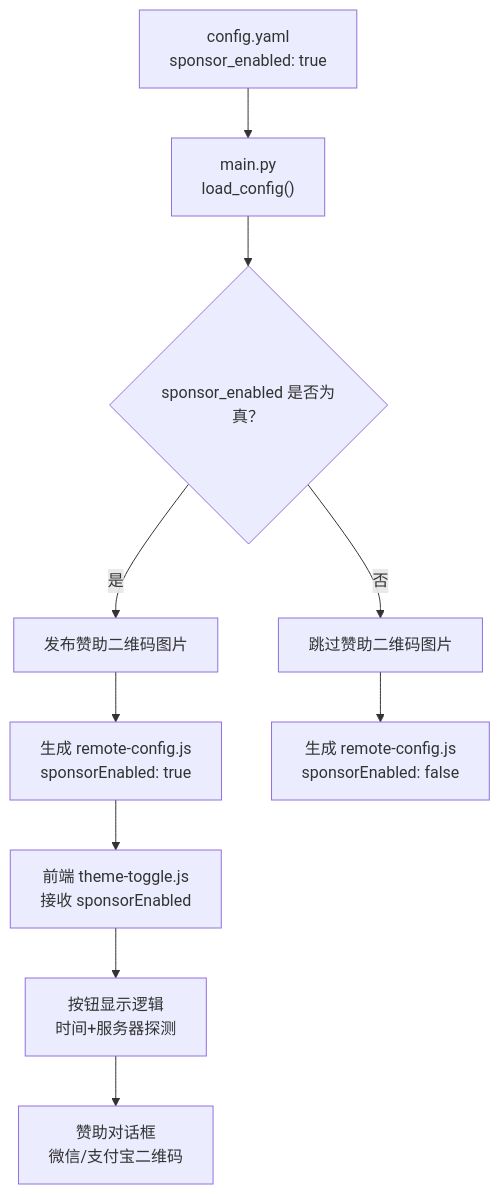
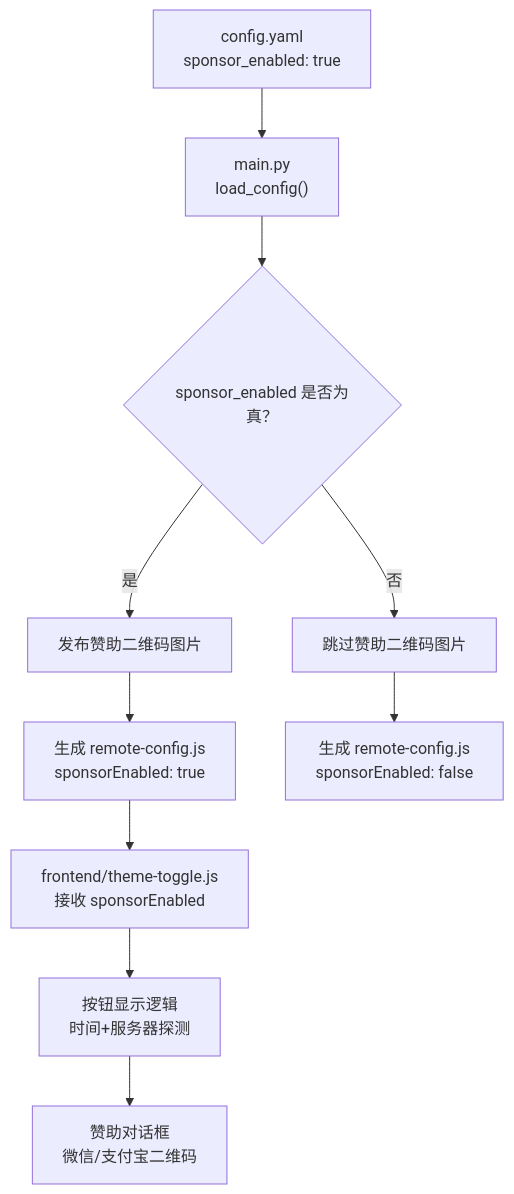
One commit to zhao-zg/cx changed the fifth of 6 diagrams in .qoder/repowiki/zh/content/批量处理系统/配置管理.md. Above: the diagram before and after it, drawn with Mermaid. The commit also changed other lines of this file and 42 other files, not shown here.

````diff
--- a/.qoder/repowiki/zh/content/批量处理系统/配置管理.md
+++ b/.qoder/repowiki/zh/content/批量处理系统/配置管理.md
@@ -291,12 +301,12 @@
 ```mermaid
 flowchart TD
 Config["config.yaml<br/>sponsor_enabled: true"] --> Load["main.py<br/>load_config()"]
 Load --> SponsorCheck{"sponsor_enabled 是否为真？"}
 SponsorCheck --> |是| PublishImages["发布赞助二维码图片"]
 SponsorCheck --> |否| SkipImages["跳过赞助二维码图片"]
 PublishImages --> GenerateRemote["生成 remote-config.js<br/>sponsorEnabled: true"]
 SkipImages --> GenerateRemoteFalse["生成 remote-config.js<br/>sponsorEnabled: false"]
-GenerateRemote --> Frontend["前端 theme-toggle.js<br/>接收 sponsorEnabled"]
+GenerateRemote --> Frontend["frontend/theme-toggle.js<br/>接收 sponsorEnabled"]
 Frontend --> ButtonDisplay["按钮显示逻辑<br/>时间+服务器探测"]
 ButtonDisplay --> Dialog["赞助对话框<br/>微信/支付宝二维码"]
 ```
````
